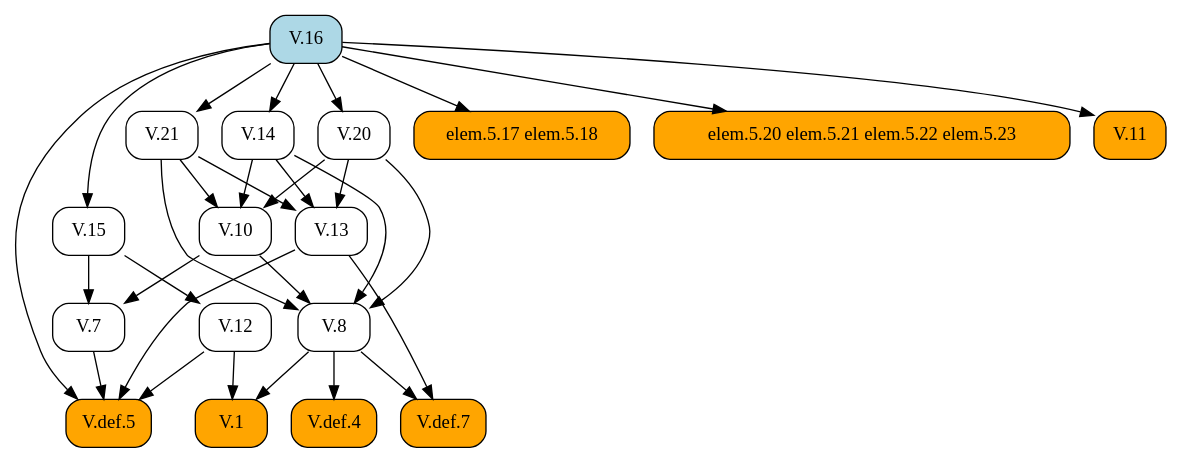
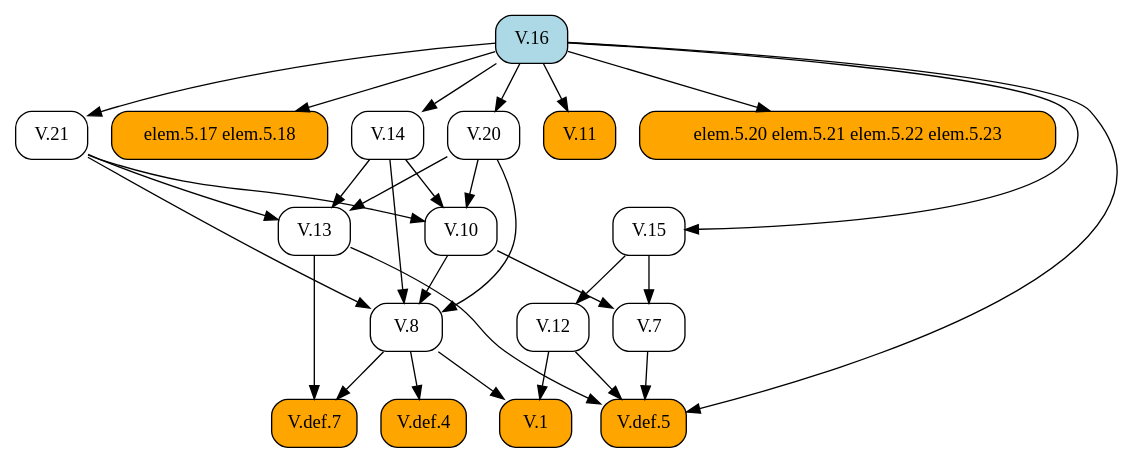
Before and after one commit to geometor/elements: the diagram in docsrc/elements2/V/16/index.rst, drawn with Graphviz. The commit also changed other lines of this file and 409 other files, not shown here.

First line of the commit message:
feat: Add image cropping and graphic extraction script

```diff
--- a/docsrc/elements2/V/16/index.rst
+++ b/docsrc/elements2/V/16/index.rst
@@ -57,52 +57,52 @@
 .. graphviz::
 
    digraph {
      rankdir="TB";
      node [shape=box, style=rounded];
+     "V.14" [URL="/elements2/V/14/", target="_top"];
+     "elem.5.17 elem.5.18" [style="rounded,filled", fillcolor=orange];
+     "V.21" [URL="/elements2/V/21/", target="_top"];
      "V.20" [URL="/elements2/V/20/", target="_top"];
-     "V.14" [URL="/elements2/V/14/", target="_top"];
      "V.10" [URL="/elements2/V/10/", target="_top"];
+     "V.16" [style="rounded,filled", fillcolor=lightblue, URL="/elements2/V/16/", target="_top"];
+     "V.8" [URL="/elements2/V/8/", target="_top"];
+     "V.def.7" [style="rounded,filled", fillcolor=orange, URL="/elements2/V/def.7/", target="_top"];
+     "V.12" [URL="/elements2/V/12/", target="_top"];
+     "V.11" [style="rounded,filled", fillcolor=orange, URL="/elements2/V/11/", target="_top"];
+     "elem.5.20 elem.5.21 elem.5.22 elem.5.23" [style="rounded,filled", fillcolor=orange];
      "V.def.5" [style="rounded,filled", fillcolor=orange, URL="/elements2/V/def.5/", target="_top"];
+     "V.13" [URL="/elements2/V/13/", target="_top"];
      "V.def.4" [style="rounded,filled", fillcolor=orange, URL="/elements2/V/def.4/", target="_top"];
+     "V.15" [URL="/elements2/V/15/", target="_top"];
      "V.1" [style="rounded,filled", fillcolor=orange, URL="/elements2/V/1/", target="_top"];
      "V.7" [URL="/elements2/V/7/", target="_top"];
-     "V.13" [URL="/elements2/V/13/", target="_top"];
-     "V.12" [URL="/elements2/V/12/", target="_top"];
-     "V.21" [URL="/elements2/V/21/", target="_top"];
-     "elem.5.17 elem.5.18" [style="rounded,filled", fillcolor=orange];
-     "elem.5.20 elem.5.21 elem.5.22 elem.5.23" [style="rounded,filled", fillcolor=orange];
-     "V.11" [style="rounded,filled", fillcolor=orange, URL="/elements2/V/11/", target="_top"];
-     "V.16" [style="rounded,filled", fillcolor=lightblue, URL="/elements2/V/16/", target="_top"];
-     "V.15" [URL="/elements2/V/15/", target="_top"];
-     "V.8" [URL="/elements2/V/8/", target="_top"];
-     "V.def.7" [style="rounded,filled", fillcolor=orange, URL="/elements2/V/def.7/", target="_top"];
+     "V.16" -> "V.14";
+     "V.16" -> "elem.5.17 elem.5.18";
+     "V.16" -> "V.21";
      "V.16" -> "V.20";
-     "V.16" -> "V.14";
      "V.14" -> "V.10";
      "V.20" -> "V.10";
      "V.21" -> "V.10";
-     "V.7" -> "V.def.5";
-     "V.12" -> "V.def.5";
-     "V.13" -> "V.def.5";
-     "V.16" -> "V.def.5";
-     "V.8" -> "V.def.4";
-     "V.8" -> "V.1";
-     "V.12" -> "V.1";
-     "V.10" -> "V.7";
-     "V.15" -> "V.7";
-     "V.14" -> "V.13";
-     "V.20" -> "V.13";
-     "V.21" -> "V.13";
-     "V.15" -> "V.12";
-     "V.16" -> "V.21";
-     "V.16" -> "elem.5.17 elem.5.18";
-     "V.16" -> "elem.5.20 elem.5.21 elem.5.22 elem.5.23";
-     "V.16" -> "V.11";
-     "V.16" -> "V.15";
      "V.10" -> "V.8";
      "V.14" -> "V.8";
      "V.20" -> "V.8";
      "V.21" -> "V.8";
      "V.8" -> "V.def.7";
      "V.13" -> "V.def.7";
+     "V.15" -> "V.12";
+     "V.16" -> "V.11";
+     "V.16" -> "elem.5.20 elem.5.21 elem.5.22 elem.5.23";
+     "V.7" -> "V.def.5";
+     "V.12" -> "V.def.5";
+     "V.13" -> "V.def.5";
+     "V.16" -> "V.def.5";
+     "V.14" -> "V.13";
+     "V.20" -> "V.13";
+     "V.21" -> "V.13";
+     "V.8" -> "V.def.4";
+     "V.16" -> "V.15";
+     "V.8" -> "V.1";
+     "V.12" -> "V.1";
+     "V.10" -> "V.7";
+     "V.15" -> "V.7";
    }
```
